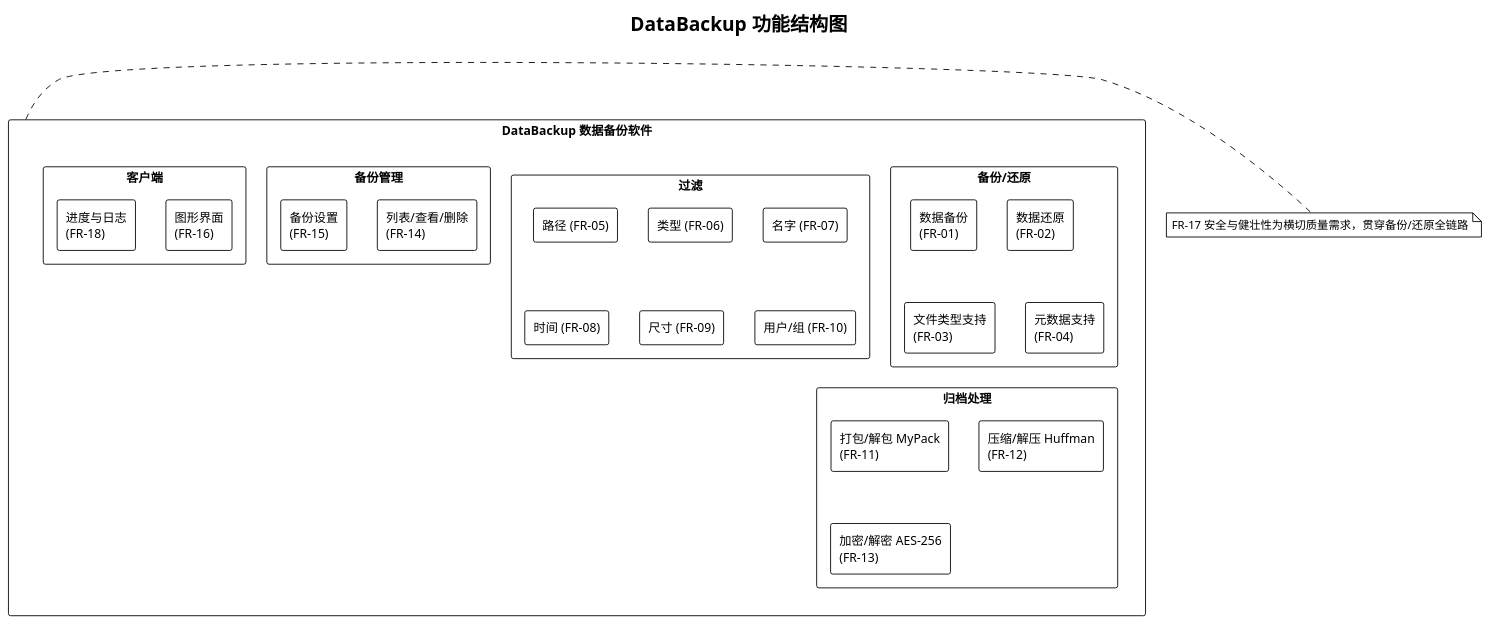
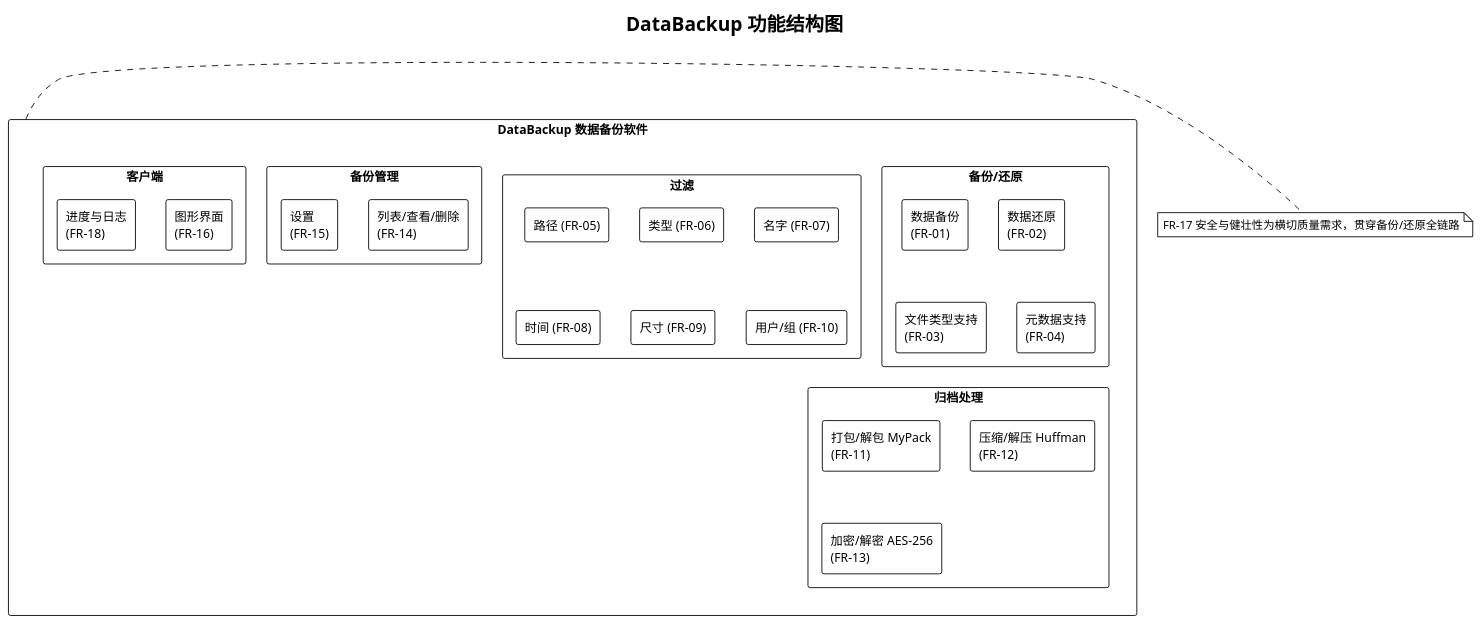
One commit to Piaoxuemoli/software-class-qoobeewang changed the diagram in docs/deliverables/diagrams/function-structure.puml. Above: the diagram before and after it, drawn with PlantUML. The commit also changed 16 other files, not shown here.

```diff
--- a/docs/deliverables/diagrams/function-structure.puml
+++ b/docs/deliverables/diagrams/function-structure.puml
@@ -1,39 +1,39 @@
 @startuml function-structure
 !theme plain
 skinparam rectangle {
   BackgroundColor White
   BorderColor Black
 }
 title DataBackup 功能结构图
 
 rectangle "DataBackup 数据备份软件" as root {
   rectangle "备份/还原" as br {
     rectangle "数据备份\n(FR-01)" as f01
     rectangle "数据还原\n(FR-02)" as f02
     rectangle "文件类型支持\n(FR-03)" as f03
     rectangle "元数据支持\n(FR-04)" as f04
   }
   rectangle "过滤" as fl {
     rectangle "路径 (FR-05)" as f05
     rectangle "类型 (FR-06)" as f06
     rectangle "名字 (FR-07)" as f07
     rectangle "时间 (FR-08)" as f08
     rectangle "尺寸 (FR-09)" as f09
     rectangle "用户/组 (FR-10)" as f10
   }
   rectangle "归档处理" as ar {
     rectangle "打包/解包 MyPack\n(FR-11)" as f11
     rectangle "压缩/解压 Huffman\n(FR-12)" as f12
     rectangle "加密/解密 AES-256\n(FR-13)" as f13
   }
   rectangle "备份管理" as mg {
     rectangle "列表/查看/删除\n(FR-14)" as f14
-    rectangle "备份设置\n(FR-15)" as f15
+    rectangle "设置\n(FR-15)" as f15
   }
   rectangle "客户端" as cl {
     rectangle "图形界面\n(FR-16)" as f16
     rectangle "进度与日志\n(FR-18)" as f18
   }
 }
 note right of root : FR-17 安全与健壮性为横切质量需求，贯穿备份/还原全链路
 @enduml
```
